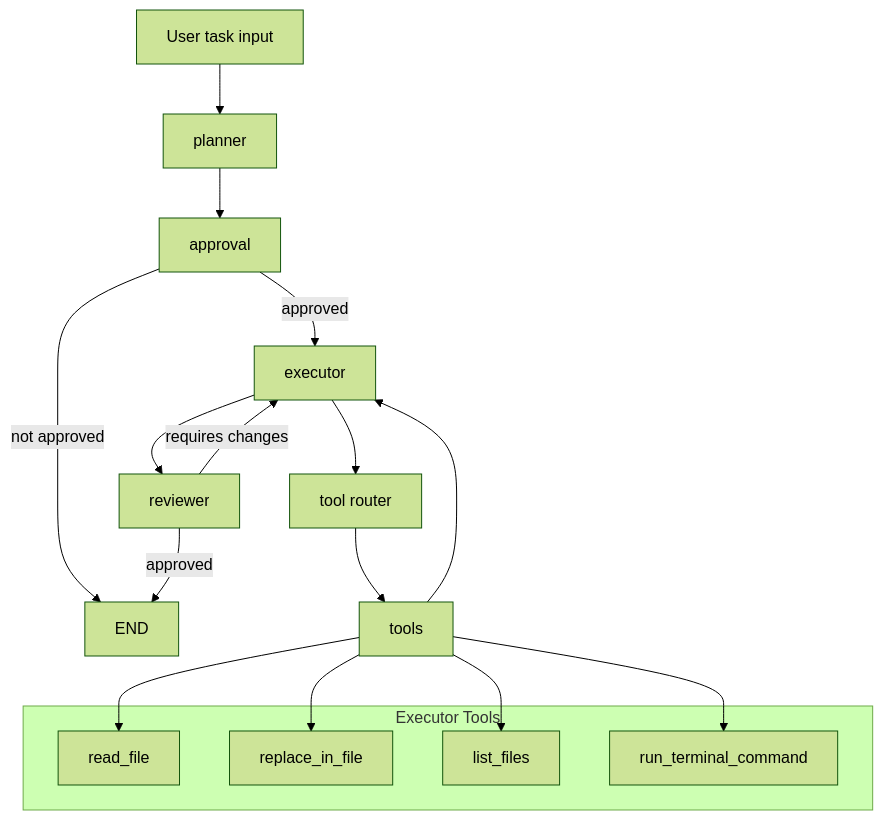
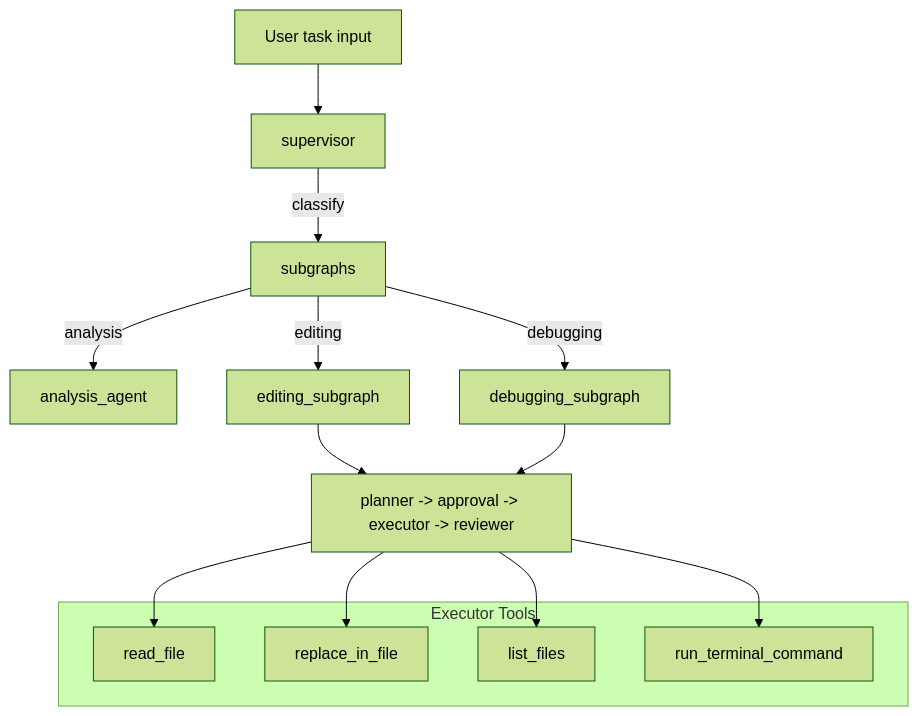
The diagram in README.md (Chethan-b13/mini-cursor), drawn with Mermaid (forest theme) before and after one commit. The commit also changed other lines of this file and 25 other files, not shown here.

Commit message:
feat(architecture): add supervisor-driven subgraphs for multi-agent orchestration

````diff
--- a/README.md
+++ b/README.md
@@ -36,25 +37,22 @@
 ```mermaid
 flowchart TD
-    A[User task input] --> B[planner]
-    B --> C[approval]
-    C -->|approved| D[executor]
-    C -->|not approved| E[END]
-    D --> F[tool router]
-    F --> G[tools]
-    G --> D
-    D --> H[reviewer]
-    H -->|requires changes| D
-    H -->|approved| E[END]
+    A[User task input] --> S[supervisor]
+    S -->|classify| SA[subgraphs]
+    SA -->|analysis| AN[analysis_agent]
+    SA -->|editing| ES[editing_subgraph]
+    SA -->|debugging| DS[debugging_subgraph]
+    ES --> E[planner -> approval -> executor -> reviewer]
+    DS --> E
 
     subgraph Executor Tools
       T1[read_file]
       T2[replace_in_file]
       T3[list_files]
       T4[run_terminal_command]
     end
 
-    G --> T1
-    G --> T2
-    G --> T3
-    G --> T4
+    E --> T1
+    E --> T2
+    E --> T3
+    E --> T4
 ```
````
